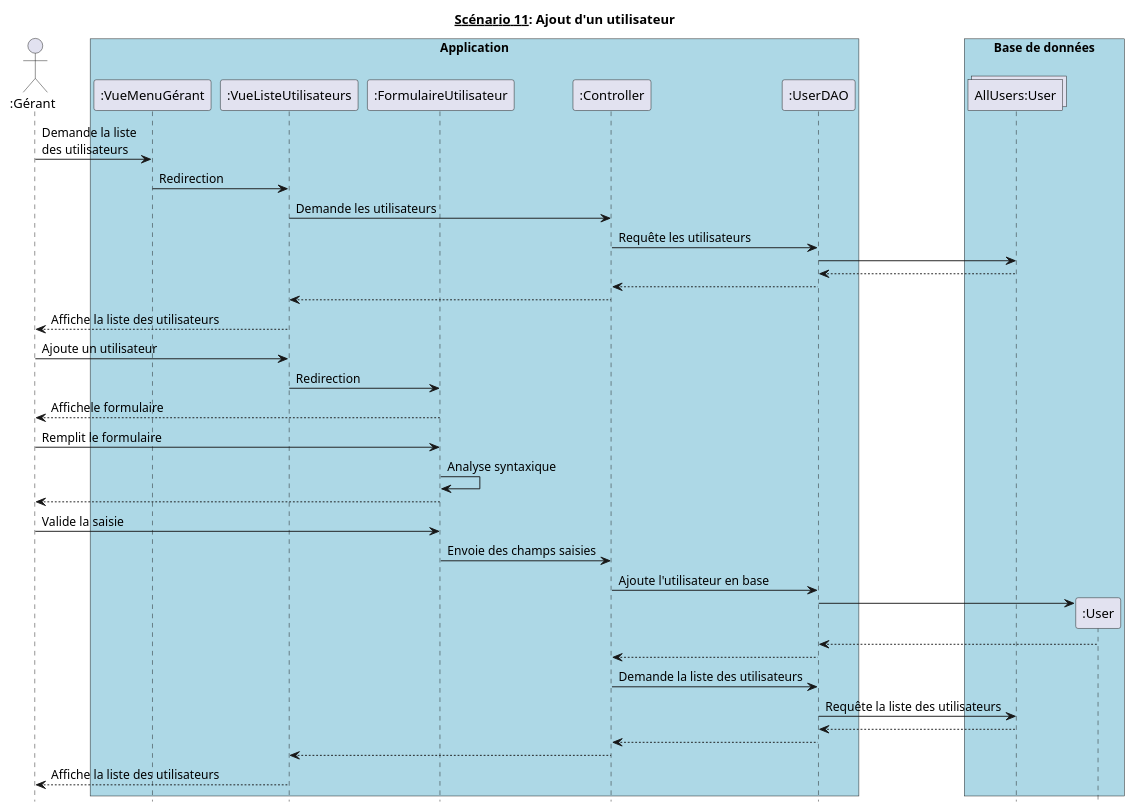
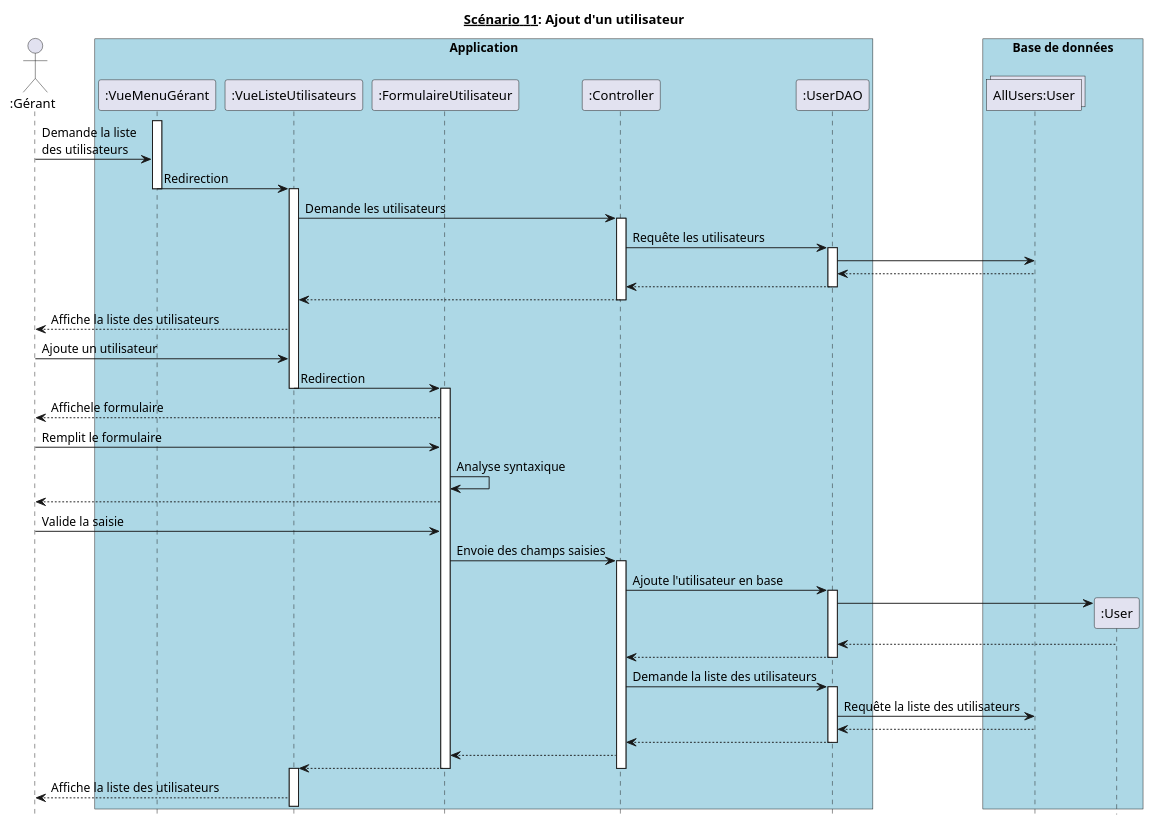
The diagram in diagrammes_sequences_detailles/dss11.md (hulskenA/GL-Les_seigneurs_du_resto), drawn with PlantUML before and after one commit. The commit also changed 15 other files, not shown here.

````diff
--- a/diagrammes_sequences_detailles/dss11.md
+++ b/diagrammes_sequences_detailles/dss11.md
@@ -1,51 +1,70 @@
 ```puml
 @startuml
 hide footbox
 title __Scénario 11__: Ajout d'un utilisateur
 
 actor ":Gérant" as Gérant order 10
 
 box "Application" #Lightblue
   participant ":VueMenuGérant" as VueMenuGérant order 20
   participant ":VueListeUtilisateurs" as VueListeUtilisateurs order 30
   participant ":FormulaireUtilisateur" as FormulaireUtilisateur order 40
   participant ":Controller" as Controller order 50
   participant ":UserDAO" as UserDAO order 60
 endbox
 
 box "Base de données" #Lightblue
   collections "AllUsers:User" as UserList order 70
   participant ":User" as User order 80
 endbox
 
+activate VueMenuGérant
+
 Gérant -> VueMenuGérant : Demande la liste\ndes utilisateurs
 VueMenuGérant -> VueListeUtilisateurs : Redirection
+deactivate VueMenuGérant
+activate VueListeUtilisateurs
 VueListeUtilisateurs -> Controller : Demande les utilisateurs
+activate Controller
 Controller -> UserDAO : Requête les utilisateurs
+activate UserDAO
 UserDAO -> UserList
 UserDAO <-- UserList
 UserDAO --> Controller
+deactivate UserDAO
 Controller --> VueListeUtilisateurs
+deactivate Controller
 VueListeUtilisateurs --> Gérant : Affiche la liste des utilisateurs
 Gérant -> VueListeUtilisateurs : Ajoute un utilisateur
 VueListeUtilisateurs -> FormulaireUtilisateur : Redirection
+deactivate VueListeUtilisateurs
+activate FormulaireUtilisateur
 FormulaireUtilisateur --> Gérant : Affichele formulaire
 Gérant -> FormulaireUtilisateur : Remplit le formulaire
 FormulaireUtilisateur -> FormulaireUtilisateur : Analyse syntaxique
 Gérant <-- FormulaireUtilisateur
 Gérant -> FormulaireUtilisateur : Valide la saisie
 FormulaireUtilisateur -> Controller : Envoie des champs saisies
+activate Controller
 Controller -> UserDAO : Ajoute l'utilisateur en base
+activate UserDAO
 create User
 UserDAO -> User
 User --> UserDAO
 UserDAO --> Controller
+deactivate UserDAO
 Controller -> UserDAO : Demande la liste des utilisateurs
+activate UserDAO
 UserDAO -> UserList : Requête la liste des utilisateurs
 UserList --> UserDAO
 UserDAO --> Controller
-Controller --> VueListeUtilisateurs
+deactivate UserDAO
+Controller --> FormulaireUtilisateur
+FormulaireUtilisateur --> VueListeUtilisateurs
+deactivate FormulaireUtilisateur
+activate VueListeUtilisateurs
+deactivate Controller
 VueListeUtilisateurs --> Gérant : Affiche la liste des utilisateurs
 
 @enduml
 ```
````
